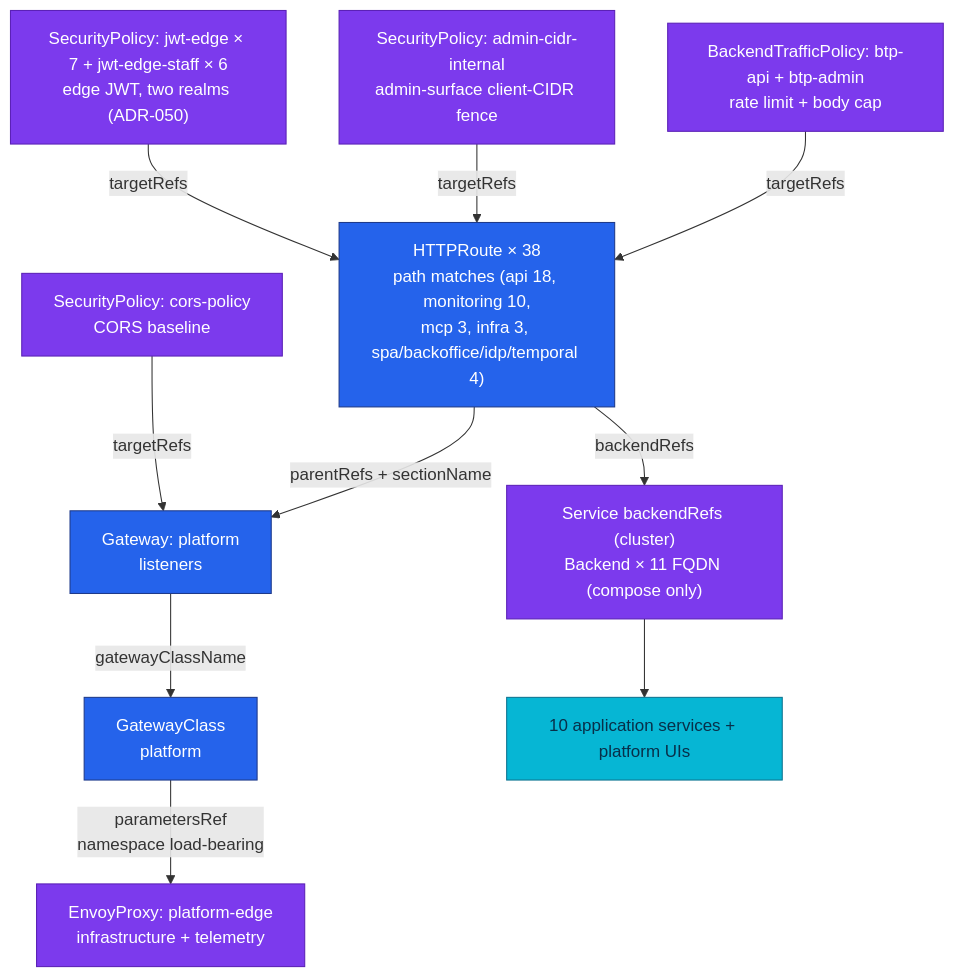
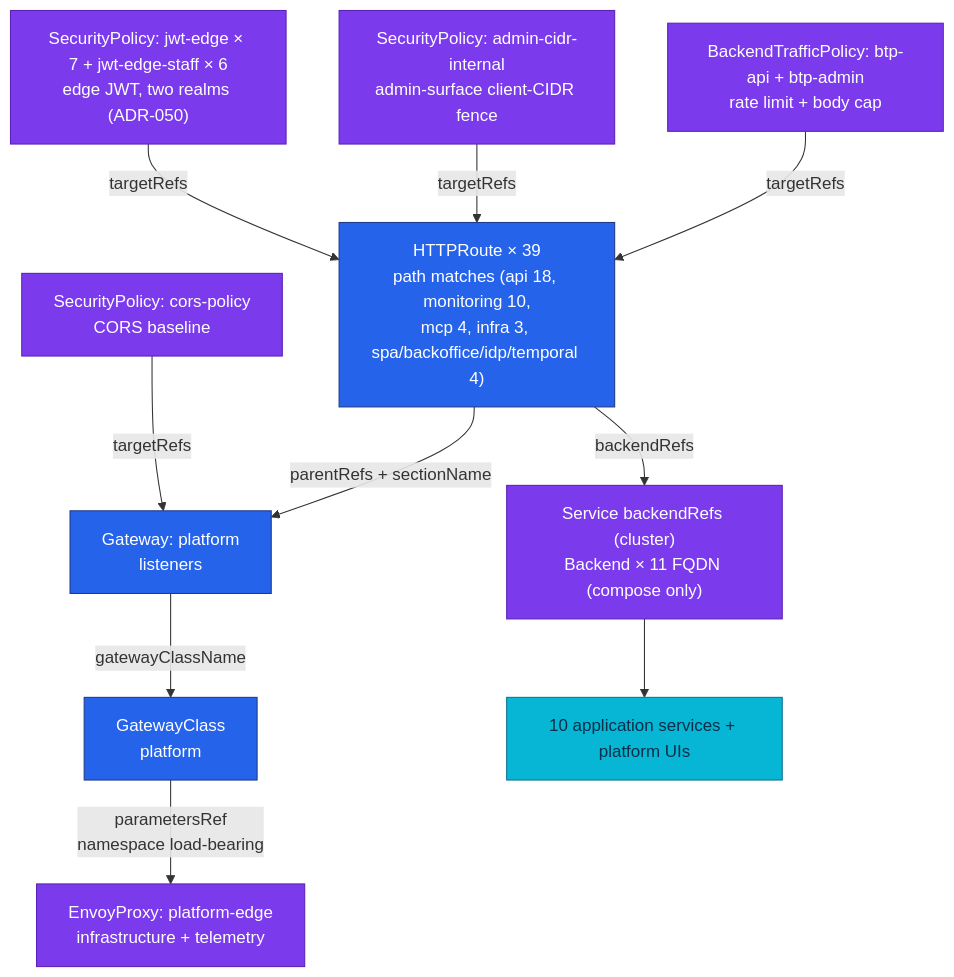
The first of 3 diagrams in docs/platform/envoy-gateway.md (duynhlab/homelab), drawn with Mermaid before and after one commit. The commit also changed other lines of this file and 17 other files, not shown here.

````diff
--- a/docs/platform/envoy-gateway.md
+++ b/docs/platform/envoy-gateway.md
@@ -46,30 +46,30 @@
 ```mermaid
 flowchart TD
   gc["GatewayClass<br/>platform"]
   ep["EnvoyProxy: platform-edge<br/>infrastructure + telemetry"]
   gw["Gateway: platform<br/>listeners"]
   cors["SecurityPolicy: cors-policy<br/>CORS baseline"]
-  hr["HTTPRoute × 38<br/>path matches (api 18, monitoring 10,<br/>mcp 3, infra 3, spa/backoffice/idp/temporal 4)"]
+  hr["HTTPRoute × 39<br/>path matches (api 18, monitoring 10,<br/>mcp 4, infra 3, spa/backoffice/idp/temporal 4)"]
   jwt["SecurityPolicy: jwt-edge × 7 + jwt-edge-staff × 6<br/>edge JWT, two realms (ADR-050)"]
   cidr["SecurityPolicy: admin-cidr-internal<br/>admin-surface client-CIDR fence"]
   btp["BackendTrafficPolicy: btp-api + btp-admin<br/>rate limit + body cap"]
   be["Service backendRefs (cluster)<br/>Backend × 11 FQDN (compose only)"]
   svc["10 application services + platform UIs"]
 
   gc -->|"parametersRef<br/>namespace load-bearing"| ep
   gw -->|gatewayClassName| gc
   hr -->|"parentRefs + sectionName"| gw
   hr -->|backendRefs| be
   be --> svc
   cors -->|targetRefs| gw
   jwt -->|targetRefs| hr
   cidr -->|targetRefs| hr
   btp -->|targetRefs| hr
 
   classDef edge fill:#2563eb,color:#fff,stroke:#1e3a8a;
   classDef platform fill:#7c3aed,color:#fff,stroke:#5b21b6;
   classDef service fill:#06b6d4,color:#082f49,stroke:#0e7490;
   class gc,gw,hr edge
   class ep,be,cors,jwt,cidr,btp platform
   class svc service
 ```
````
